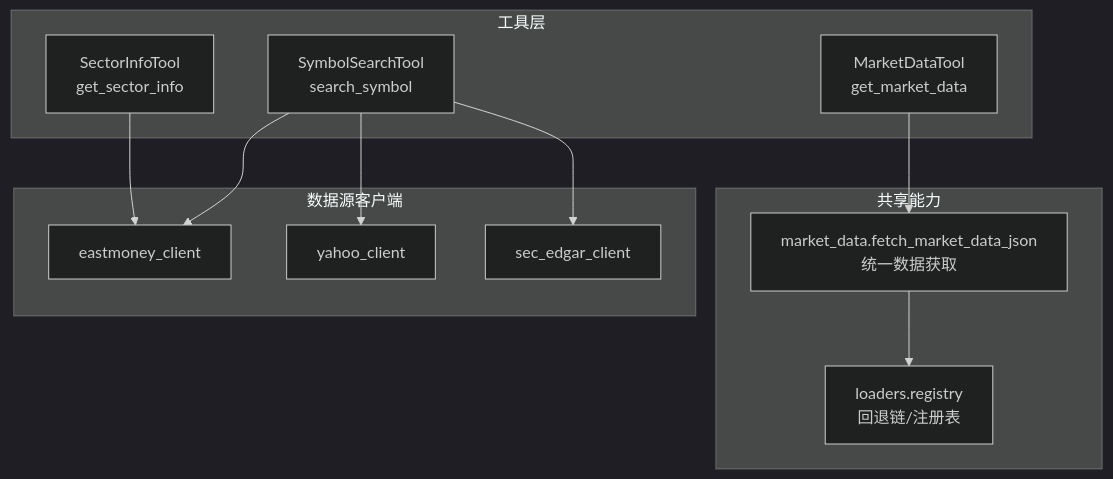
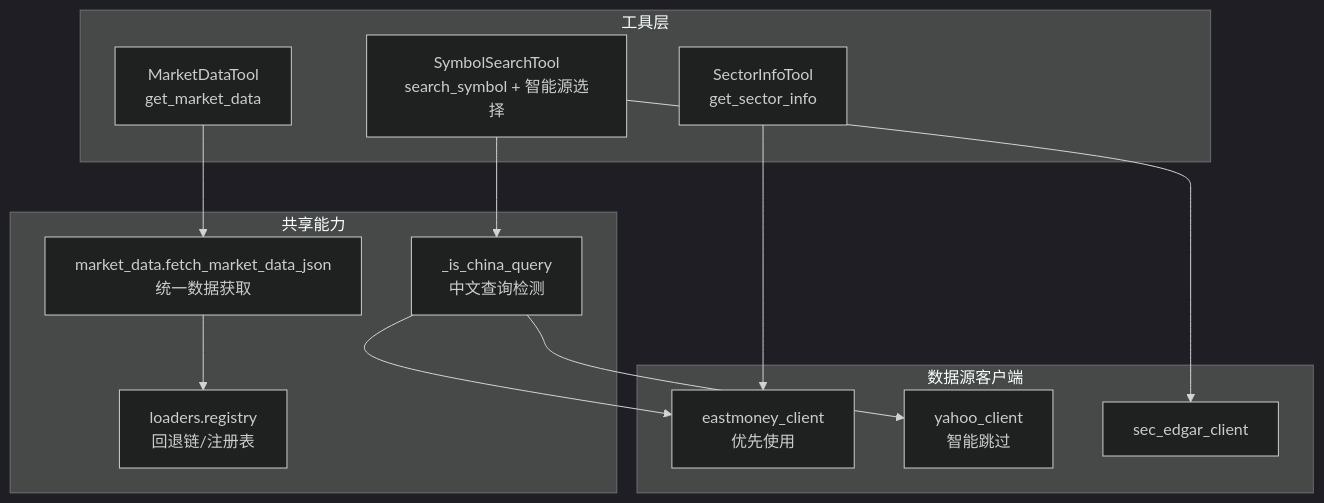
One commit to 20012002er/Vibe-Trading changed the first of 6 diagrams in .qoder/repowiki/zh/content/AI代理系统/工具系统/内置工具库/市场数据工具.md. Above: the diagram before and after it, drawn with Mermaid (dark theme). The commit also changed other lines of this file and 6 other files, not shown here.

````diff
--- a/.qoder/repowiki/zh/content/AI代理系统/工具系统/内置工具库/市场数据工具.md
+++ b/.qoder/repowiki/zh/content/AI代理系统/工具系统/内置工具库/市场数据工具.md
@@ -39,23 +46,25 @@
 ```mermaid
 graph TB
 subgraph "工具层"
 MDT["MarketDataTool<br/>get_market_data"]
-SST["SymbolSearchTool<br/>search_symbol"]
+SST["SymbolSearchTool<br/>search_symbol + 智能源选择"]
 STT["SectorInfoTool<br/>get_sector_info"]
 end
 subgraph "共享能力"
 MDH["market_data.fetch_market_data_json<br/>统一数据获取"]
 REG["loaders.registry<br/>回退链/注册表"]
+CQD["_is_china_query<br/>中文查询检测"]
 end
 subgraph "数据源客户端"
-EM["eastmoney_client"]
-YH["yahoo_client"]
+EM["eastmoney_client<br/>优先使用"]
+YH["yahoo_client<br/>智能跳过"]
 SEC["sec_edgar_client"]
 end
 MDT --> MDH
 MDH --> REG
-SST --> EM
-SST --> YH
+SST --> CQD
+CQD --> EM
+CQD --> YH
 SST --> SEC
 STT --> EM
 ```
````
